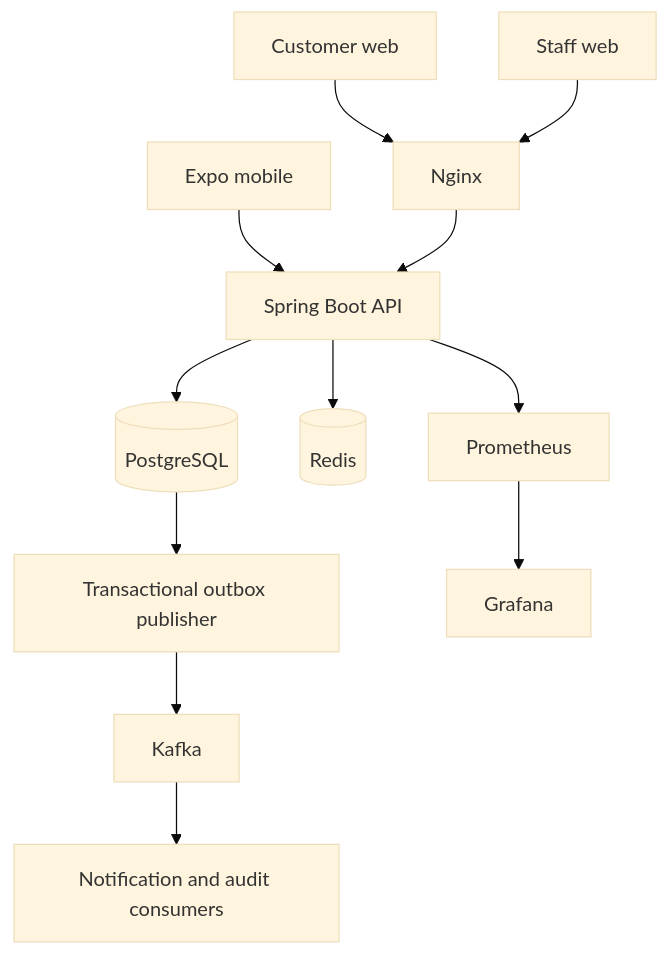
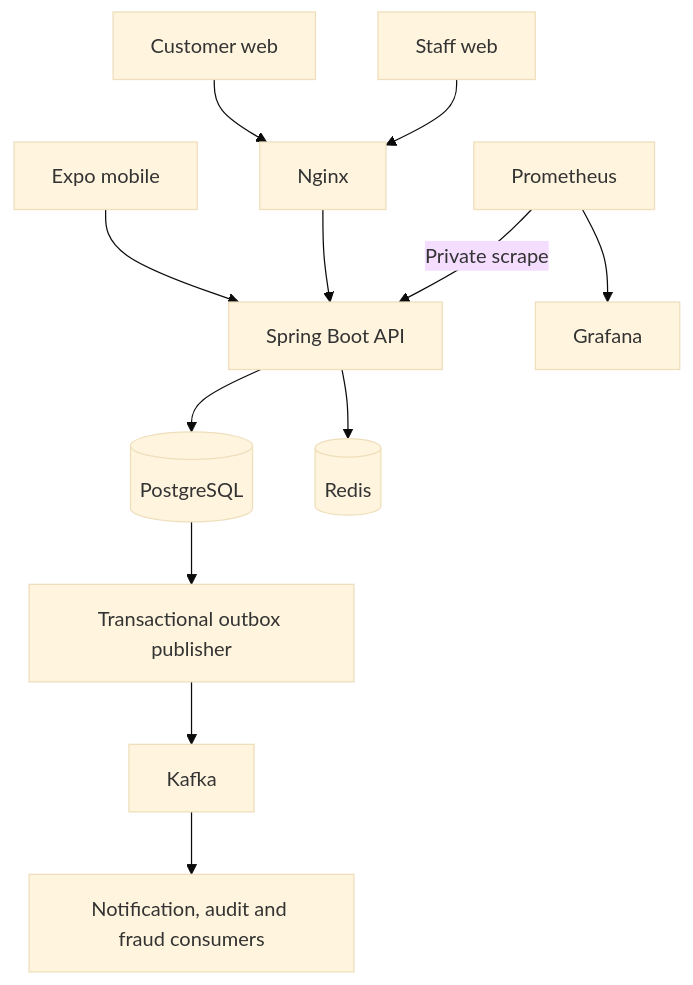
One commit to aaronmubanga616/secure_bank changed the first of 2 diagrams in docs/architecture/README.md. Above: the diagram before and after it, drawn with Mermaid (base theme). The commit also changed other lines of this file and 11 other files, not shown here.

````diff
--- a/docs/architecture/README.md
+++ b/docs/architecture/README.md
@@ -3,14 +3,14 @@
 ```mermaid
 flowchart TB
   Mobile[Expo mobile] --> API[Spring Boot API]
   Web[Customer web] --> Gateway[Nginx]
   Admin[Staff web] --> Gateway
   Gateway --> API
   API --> DB[(PostgreSQL)]
   API --> Redis[(Redis)]
   DB --> Outbox[Transactional outbox publisher]
   Outbox --> Kafka[Kafka]
-  Kafka --> Consumers[Notification and audit consumers]
-  API --> Prometheus[Prometheus]
+  Kafka --> Consumers[Notification, audit and fraud consumers]
+  Prometheus[Prometheus] -->|Private scrape| API
   Prometheus --> Grafana[Grafana]
 ```
````
